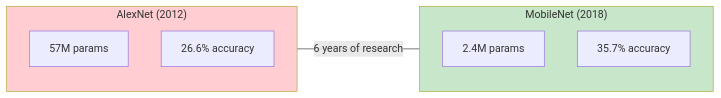
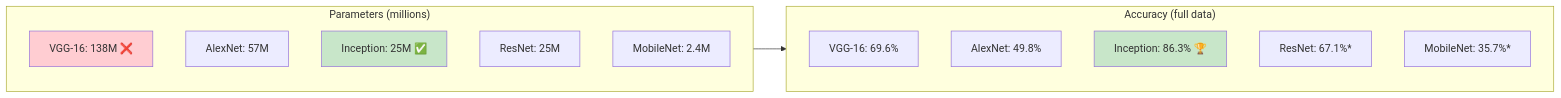
Before and after one commit to hadarwayn/L41-Which-dog-are-you-: diagram 22 of 31 in README.md, drawn with Mermaid. The commit also changed other lines of this file, not shown here.

First line of the commit message:
docs(readme): Update with Inception results — 86.3% accuracy (best model!)

````diff
--- a/README.md
+++ b/README.md
@@ -495,17 +516,26 @@
 ```mermaid
 flowchart LR
-    subgraph Alex["AlexNet (2012)"]
-        A1["57M params"]
-        A2["26.6% accuracy"]
+    subgraph Size["Parameters (millions)"]
+        direction TB
+        S1["VGG-16: 138M ❌"]
+        S2["AlexNet: 57M"]
+        S3["Inception: 25M ✅"]
+        S4["ResNet: 25M"]
+        S5["MobileNet: 2.4M"]
     end
 
-    subgraph Mobile["MobileNet (2018)"]
-        M1["2.4M params"]
-        M2["35.7% accuracy"]
+    subgraph Acc["Accuracy (full data)"]
+        direction TB
+        A1["VGG-16: 69.6%"]
+        A2["AlexNet: 49.8%"]
+        A3["Inception: 86.3% 🏆"]
+        A4["ResNet: 67.1%*"]
+        A5["MobileNet: 35.7%*"]
     end
 
-    Alex ---|"6 years of research"| Mobile
+    Size --> Acc
 
-    style Alex fill:#ffcdd2
-    style Mobile fill:#c8e6c9
+    style S1 fill:#ffcdd2
+    style A3 fill:#c8e6c9
+    style S3 fill:#c8e6c9
 ```
````
